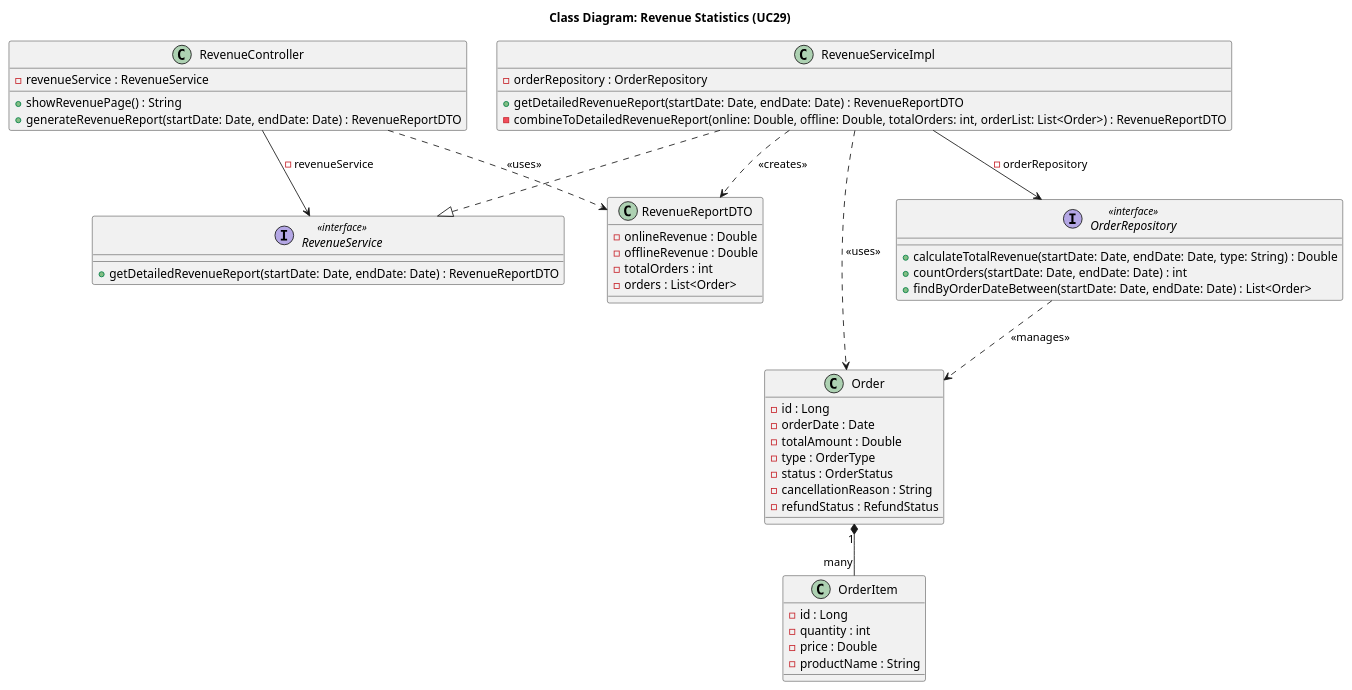
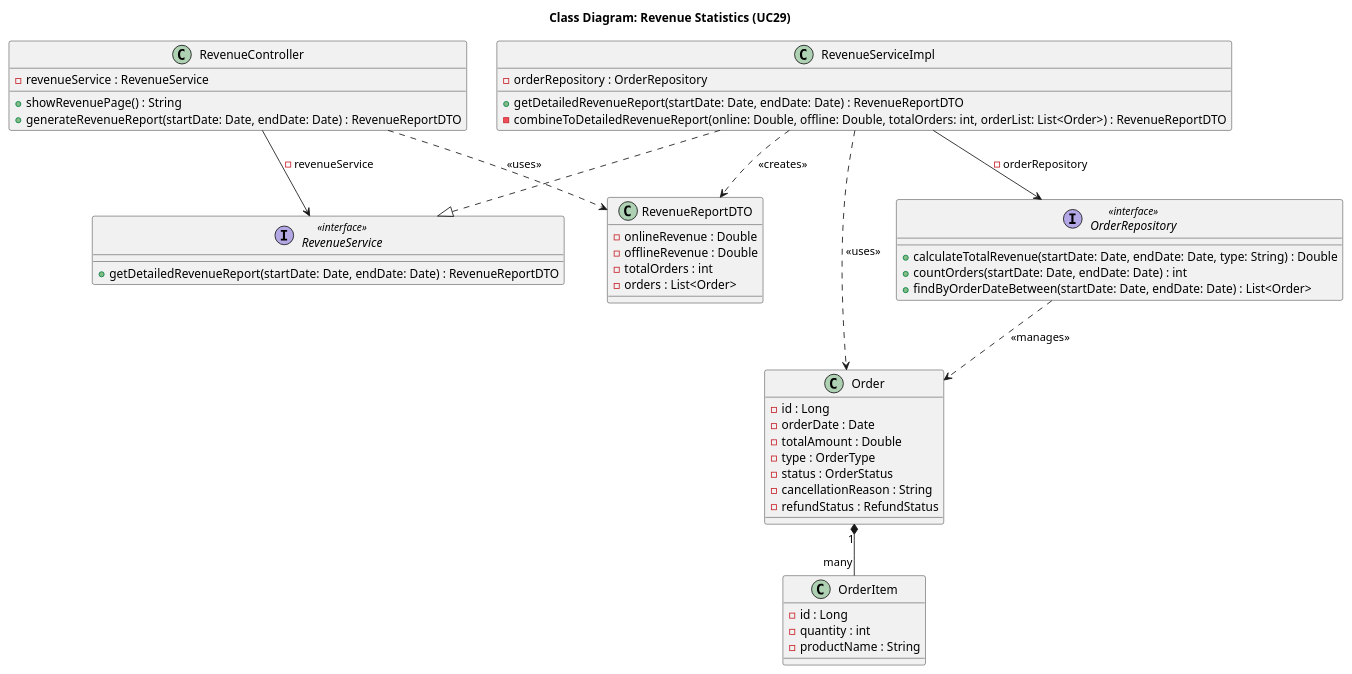
The diagram in src/main/java/org/example/fashionstoresystem/uml/Class/CD29_RevenueStatistics.puml (Peterdir/fashion-store-system), drawn with PlantUML before and after one commit. The commit also changed 13 other files, not shown here.

Commit message:
Update DTO and UML

```diff
--- a/src/main/java/org/example/fashionstoresystem/uml/Class/CD29_RevenueStatistics.puml
+++ b/src/main/java/org/example/fashionstoresystem/uml/Class/CD29_RevenueStatistics.puml
@@ -1,76 +1,75 @@
 @startuml
 title Class Diagram: Revenue Statistics (UC29)
 
 ' Controller
 class RevenueController {
     - revenueService : RevenueService
     + showRevenuePage() : String
     + generateRevenueReport(startDate: Date, endDate: Date) : RevenueReportDTO
 }
 
 ' Service
 interface RevenueService <<interface>> {
     + getDetailedRevenueReport(startDate: Date, endDate: Date) : RevenueReportDTO
 }
 
 class RevenueServiceImpl {
     - orderRepository : OrderRepository
     + getDetailedRevenueReport(startDate: Date, endDate: Date) : RevenueReportDTO
     - combineToDetailedRevenueReport(online: Double, offline: Double, totalOrders: int, orderList: List<Order>) : RevenueReportDTO
 }
 
 ' Repository
 interface OrderRepository <<interface>> {
     + calculateTotalRevenue(startDate: Date, endDate: Date, type: String) : Double
     + countOrders(startDate: Date, endDate: Date) : int
     + findByOrderDateBetween(startDate: Date, endDate: Date) : List<Order>
 }
 
 ' DTO
 
 class RevenueReportDTO {
     - onlineRevenue : Double
     - offlineRevenue : Double
     - totalOrders : int
     - orders : List<Order>
 }
 
 ' Entity
 
 class Order {
     - id : Long
     - orderDate : Date
     - totalAmount : Double
     - type : OrderType
     - status : OrderStatus
     - cancellationReason : String
     - refundStatus : RefundStatus
 }
 
 class OrderItem {
     - id : Long
     - quantity : int
-    - price : Double
     - productName : String
 }
 
 ' Relationships
 
 ' Composition (Order contains OrderItems)
 Order "1" *-- "many" OrderItem
 
 ' Implementation
 RevenueServiceImpl ..|> RevenueService
 
 ' Dependency Injection
 RevenueController --> RevenueService : - revenueService
 RevenueServiceImpl --> OrderRepository : - orderRepository
 
 ' Object Usage
 RevenueController ..> RevenueReportDTO : <<uses>>
 RevenueServiceImpl ..> RevenueReportDTO : <<creates>>
 
 OrderRepository ..> Order : <<manages>>
 RevenueServiceImpl ..> Order : <<uses>>
 
 @enduml
```
